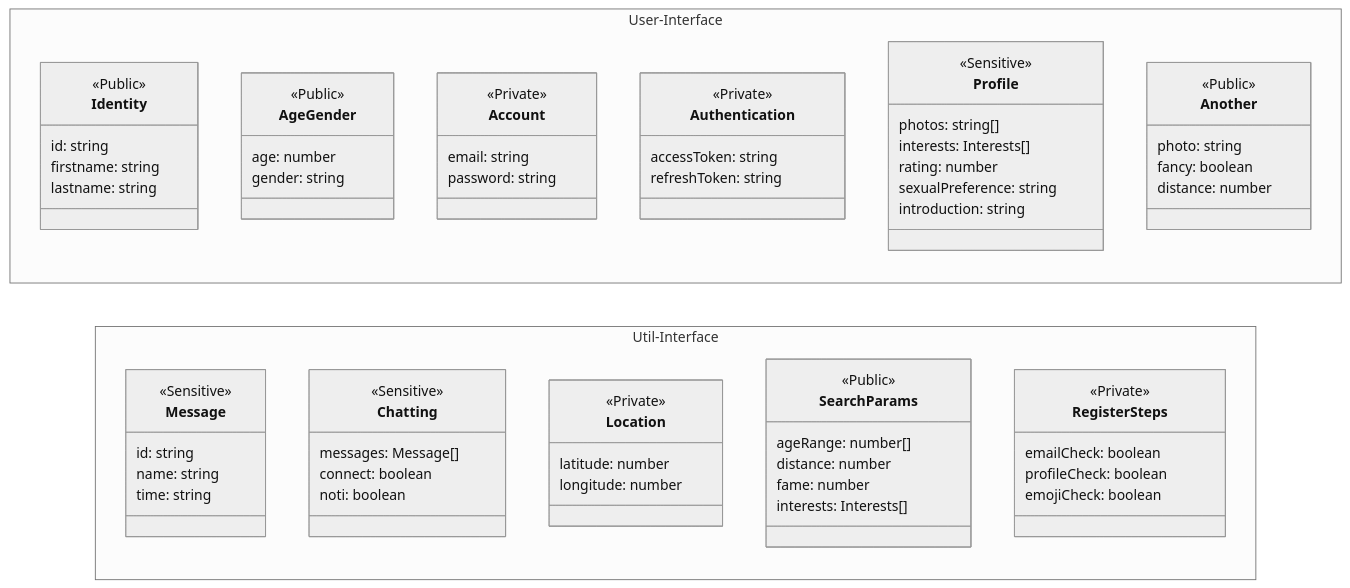
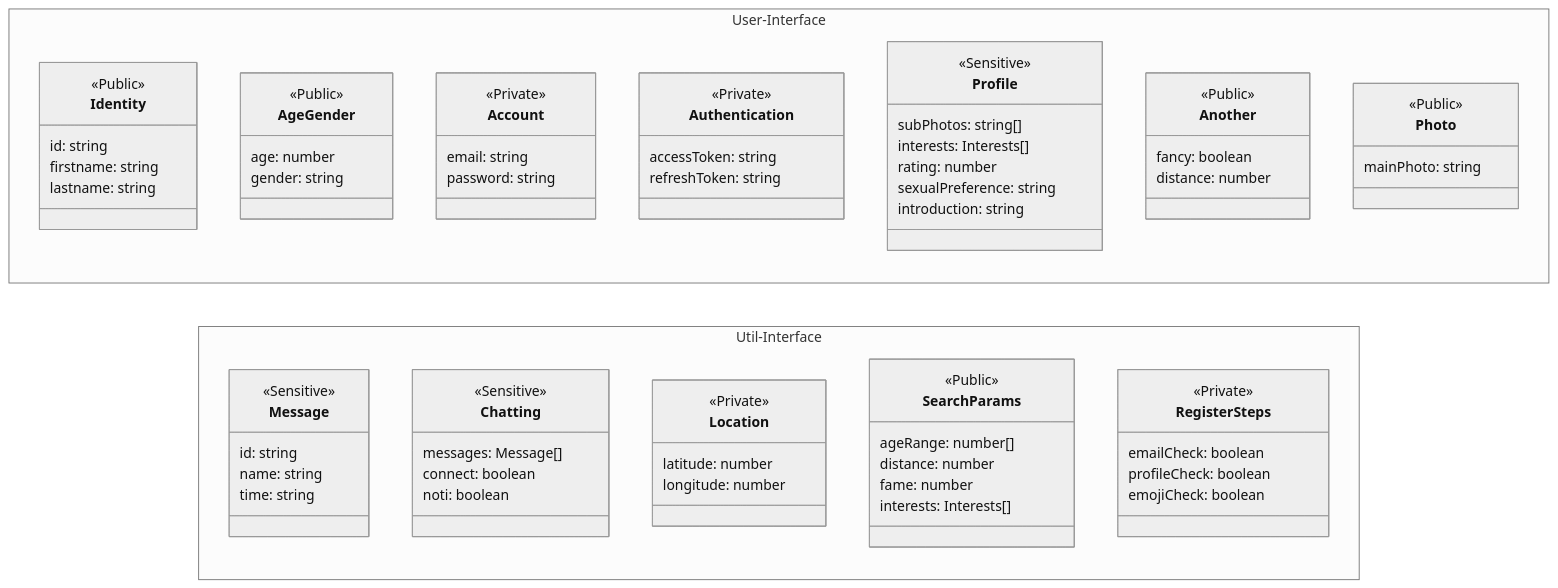
The first of 2 diagrams in app/redux/README.md (42Seoul-Tea42/frontend), drawn with Mermaid (neutral theme) before and after one commit. The commit also changed other lines of this file and 4 other files, not shown here.

```diff
--- a/app/redux/README.md
+++ b/app/redux/README.md
@@ -74,7 +74,7 @@
 
     class Profile {
         <<Sensitive>>
-        photos: string[]
+        subPhotos: string[]
         interests: Interests[]
         rating: number
         sexualPreference: string
@@ -83,9 +83,13 @@
 
     class Another {
         <<Public>>
-        photo: string
         fancy: boolean
         distance: number
+    }
+
+    class Photo {
+        <<Public>>
+        mainPhoto: string
     }
 }
 
```
